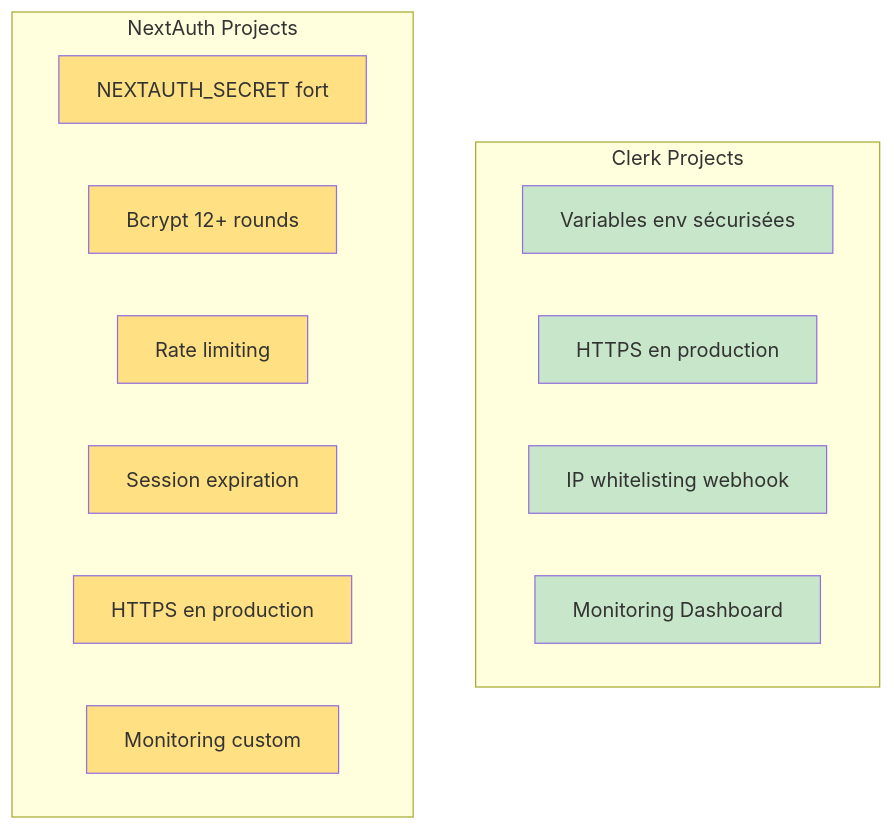
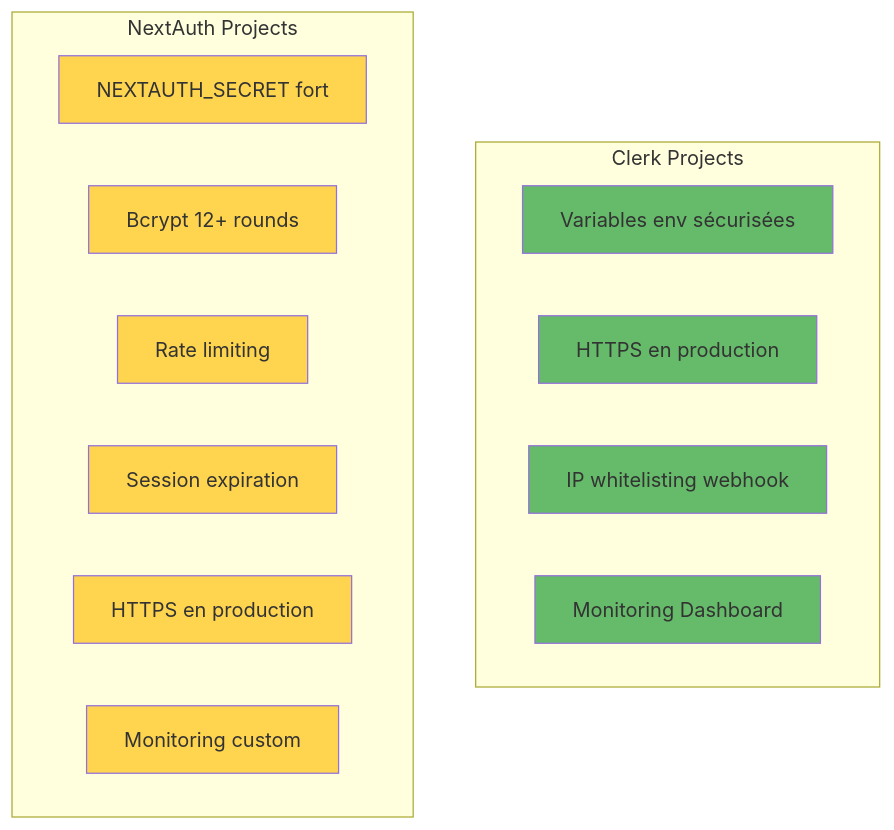
One commit to inskillflow/auths-1-NEXTJS-introduction changed diagram 38 of 39 in 02-DIAGRAMMES_ARCHITECTURES.md. Above: the diagram before and after it, drawn with Mermaid. The commit also changed other lines of this file, not shown here.

````diff
--- a/02-DIAGRAMMES_ARCHITECTURES.md
+++ b/02-DIAGRAMMES_ARCHITECTURES.md
@@ -1199,29 +1199,29 @@
 ```mermaid
 graph TB
     subgraph "Clerk Projects"
         C1[Variables env sécurisées]
         C2[HTTPS en production]
         C3[IP whitelisting webhook]
         C4[Monitoring Dashboard]
     end
     
     subgraph "NextAuth Projects"
         N1[NEXTAUTH_SECRET fort]
         N2[Bcrypt 12+ rounds]
         N3[Rate limiting]
         N4[Session expiration]
         N5[HTTPS en production]
         N6[Monitoring custom]
     end
     
-    style C1 fill:#c8e6c9
-    style C2 fill:#c8e6c9
-    style C3 fill:#c8e6c9
-    style C4 fill:#c8e6c9
-    style N1 fill:#ffe082
-    style N2 fill:#ffe082
-    style N3 fill:#ffe082
-    style N4 fill:#ffe082
-    style N5 fill:#ffe082
-    style N6 fill:#ffe082
+    style C1 fill:#66bb6a
+    style C2 fill:#66bb6a
+    style C3 fill:#66bb6a
+    style C4 fill:#66bb6a
+    style N1 fill:#ffd54f
+    style N2 fill:#ffd54f
+    style N3 fill:#ffd54f
+    style N4 fill:#ffd54f
+    style N5 fill:#ffd54f
+    style N6 fill:#ffd54f
 ```
````
